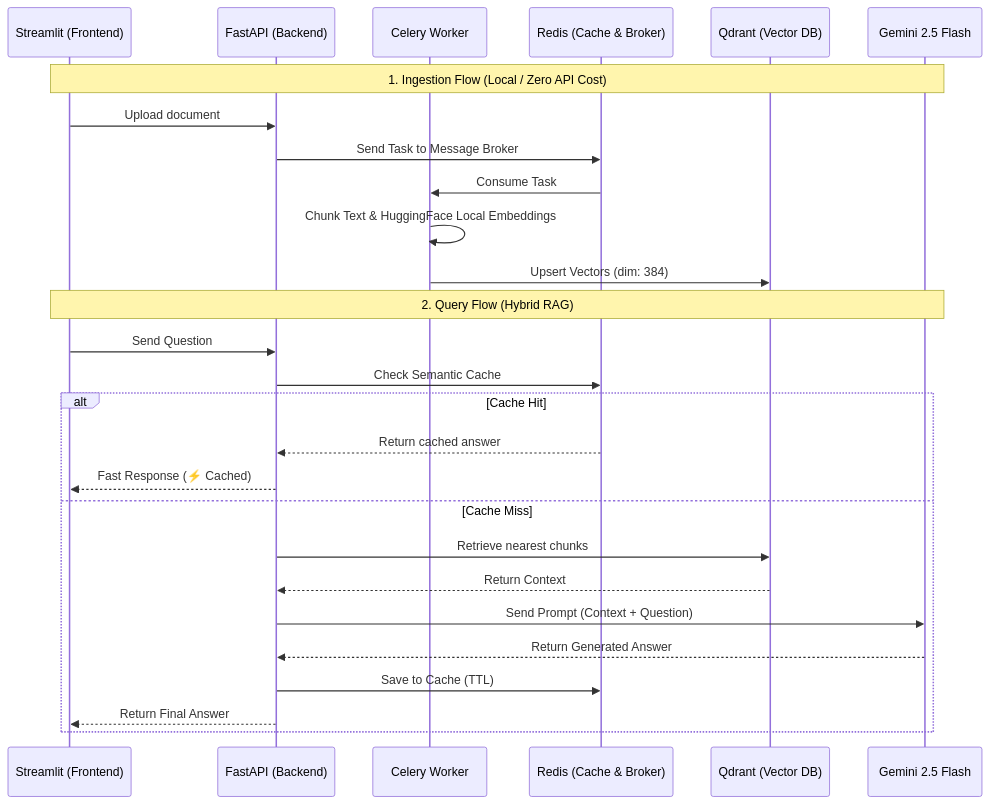
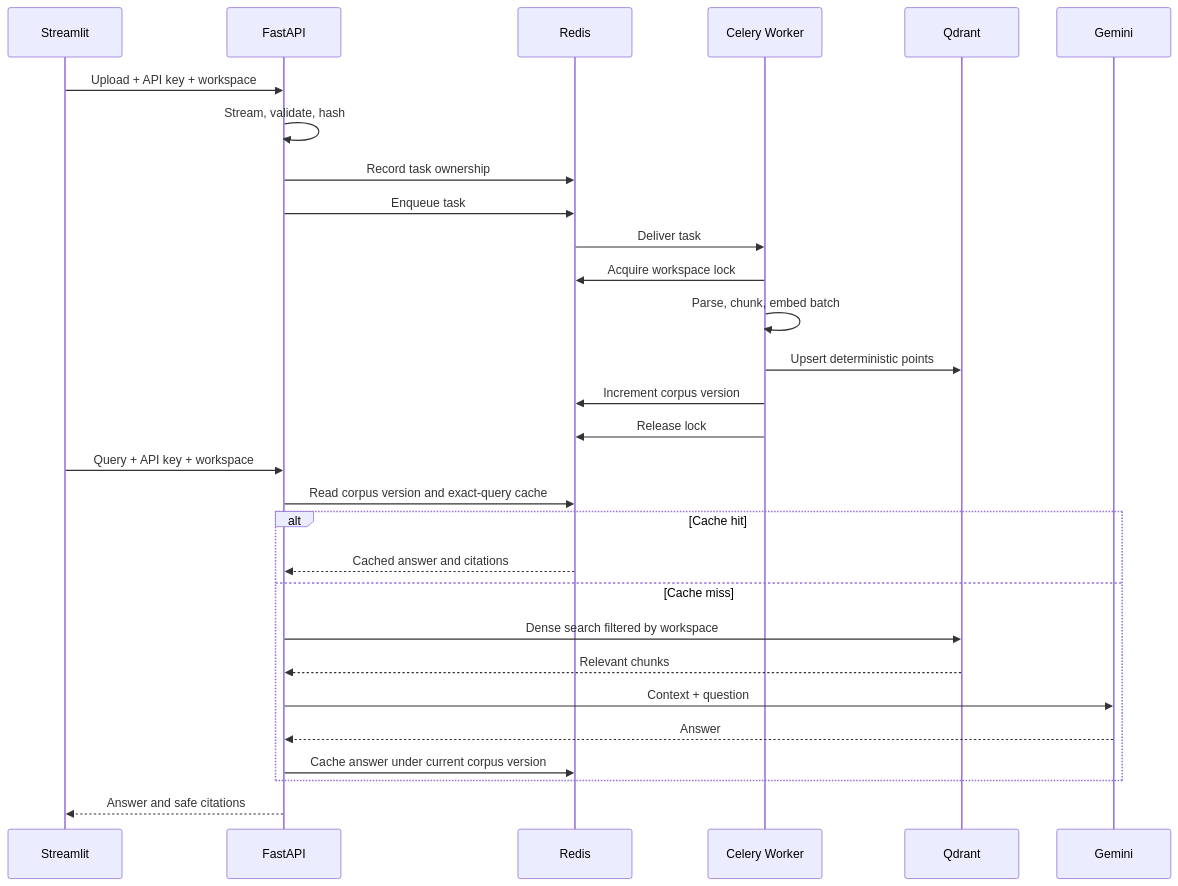
Before and after one commit to NguyenKien0610/DocuQuery-Enterprise-RAG: the diagram in README.md, drawn with Mermaid. The commit also changed other lines of this file and 6 other files, not shown here.

First line of the commit message:
docs(p0): align clients and architecture

````diff
--- a/README.md
+++ b/README.md
@@ -16,31 +22,33 @@
 ```mermaid
 sequenceDiagram
-    participant U as Streamlit (Frontend)
-    participant API as FastAPI (Backend)
-    participant C as Celery Worker
-    participant R as Redis (Cache & Broker)
-    participant Q as Qdrant (Vector DB)
-    participant LLM as Gemini 2.5 Flash
+    participant UI as Streamlit
+    participant API as FastAPI
+    participant R as Redis
+    participant W as Celery Worker
+    participant Q as Qdrant
+    participant L as Gemini
 
-    Note over U,LLM: 1. Ingestion Flow (Local / Zero API Cost)
-    U->>API: Upload document
-    API->>R: Send Task to Message Broker
-    R->>C: Consume Task
-    C->>C: Chunk Text & HuggingFace Local Embeddings
-    C->>Q: Upsert Vectors (dim: 384)
-    
-    Note over U,LLM: 2. Query Flow (Hybrid RAG)
-    U->>API: Send Question
-    API->>R: Check Semantic Cache
-    alt Cache Hit
-        R-->>API: Return cached answer
-        API-->>U: Fast Response (⚡ Cached)
-    else Cache Miss
-        API->>Q: Retrieve nearest chunks
-        Q-->>API: Return Context
-        API->>LLM: Send Prompt (Context + Question)
-        LLM-->>API: Return Generated Answer
-        API->>R: Save to Cache (TTL)
-        API-->>U: Return Final Answer
+    UI->>API: Upload + API key + workspace
+    API->>API: Stream, validate, hash
+    API->>R: Record task ownership
+    API->>R: Enqueue task
+    R->>W: Deliver task
+    W->>R: Acquire workspace lock
+    W->>W: Parse, chunk, embed batch
+    W->>Q: Upsert deterministic points
+    W->>R: Increment corpus version
+    W->>R: Release lock
+
+    UI->>API: Query + API key + workspace
+    API->>R: Read corpus version and exact-query cache
+    alt Cache hit
+        R-->>API: Cached answer and citations
+    else Cache miss
+        API->>Q: Dense search filtered by workspace
+        Q-->>API: Relevant chunks
+        API->>L: Context + question
+        L-->>API: Answer
+        API->>R: Cache answer under current corpus version
     end
+    API-->>UI: Answer and safe citations
 ```
````
